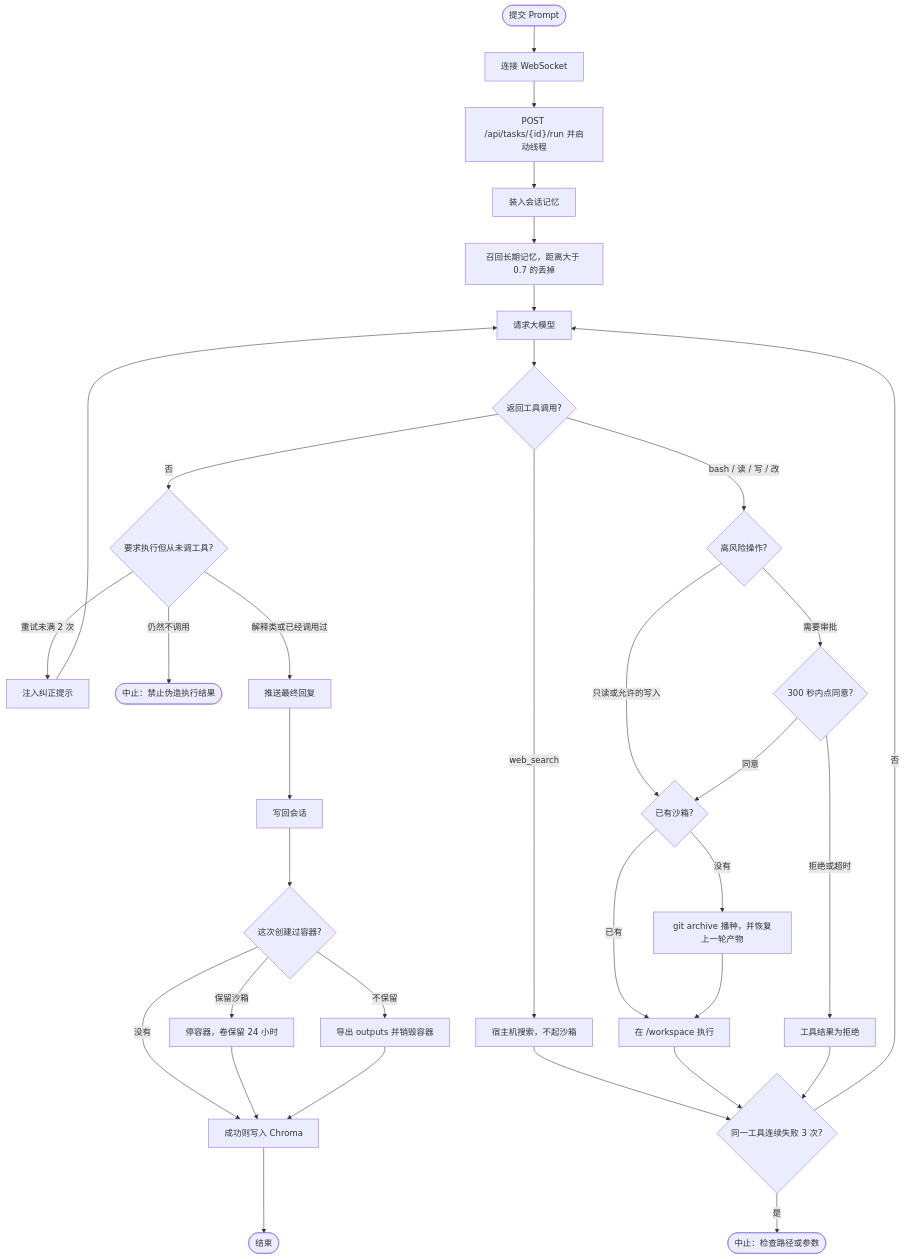
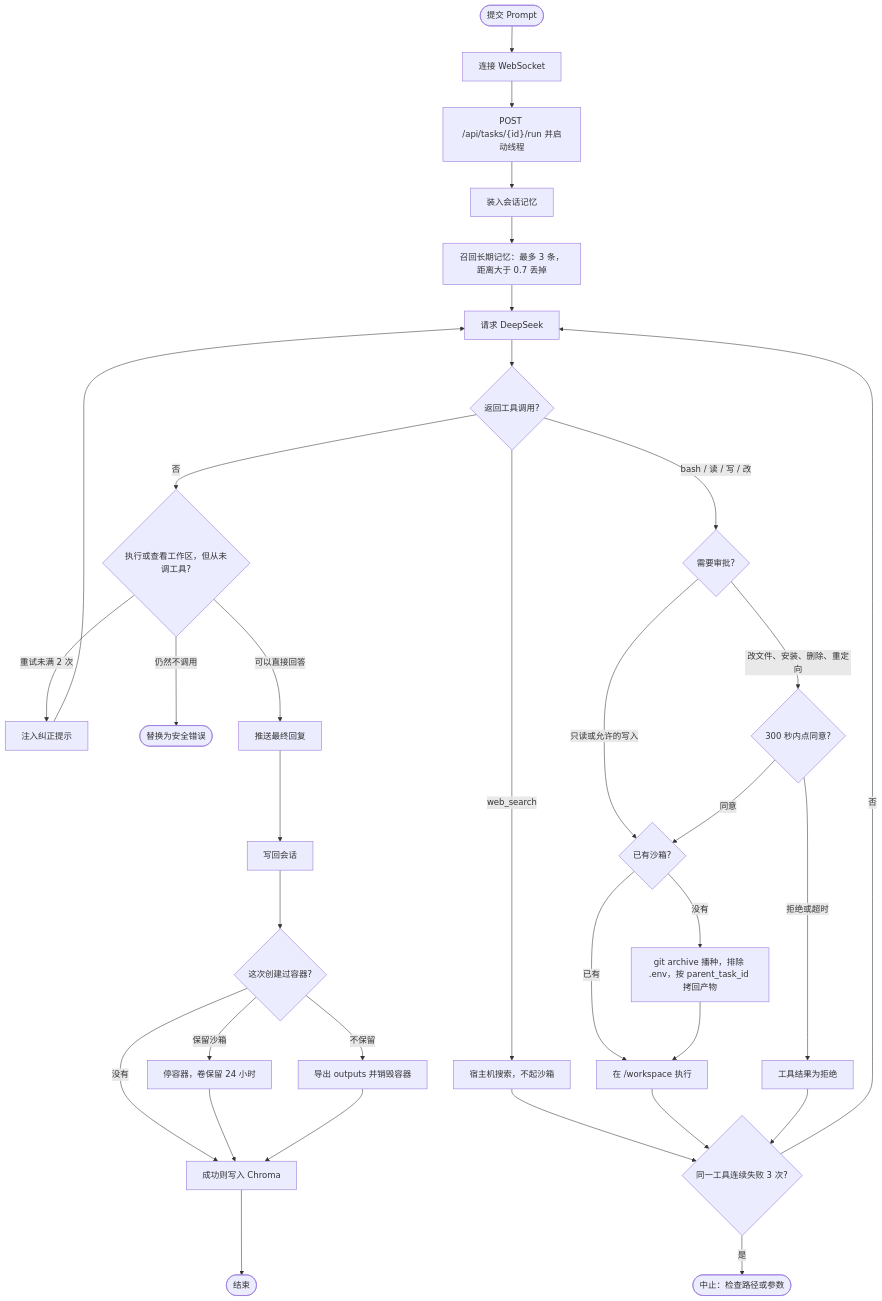
Before and after one commit to llll-1111uj/SafeAgent-Studio: the diagram in activity_map.mmd, drawn with Mermaid. The commit also changed 30 other files, not shown here.

```diff
--- a/activity_map.mmd
+++ b/activity_map.mmd
@@ -1,33 +1,33 @@
 flowchart TD
   start([提交 Prompt]) --> ws[连接 WebSocket]
   ws --> run["POST /api/tasks/{id}/run 并启动线程"]
   run --> session[装入会话记忆]
-  session --> recall["召回长期记忆，距离大于 0.7 的丢掉"]
-  recall --> model[请求大模型]
+  session --> recall["召回长期记忆：最多 3 条，距离大于 0.7 丢掉"]
+  recall --> model[请求 DeepSeek]
   model --> tool{返回工具调用?}
-  tool -->|否| fake{要求执行但从未调工具?}
+  tool -->|否| fake{执行或查看工作区，但从未调工具?}
   fake -->|重试未满 2 次| nudge[注入纠正提示] --> model
-  fake -->|仍然不调用| abort([中止：禁止伪造执行结果])
-  fake -->|解释类或已经调用过| answer[推送最终回复]
+  fake -->|仍然不调用| abort([替换为安全错误])
+  fake -->|可以直接回答| answer[推送最终回复]
   tool -->|web_search| host[宿主机搜索，不起沙箱]
-  tool -->|bash / 读 / 写 / 改| risk{高风险操作?}
+  tool -->|bash / 读 / 写 / 改| risk{需要审批?}
   risk -->|只读或允许的写入| lane{已有沙箱?}
-  risk -->|需要审批| hitl{300 秒内点同意?}
+  risk -->|改文件、安装、删除、重定向| hitl{300 秒内点同意?}
   hitl -->|拒绝或超时| denied[工具结果为拒绝]
   hitl -->|同意| lane
-  lane -->|没有| create["git archive 播种，并恢复上一轮产物"]
+  lane -->|没有| create["git archive 播种，排除 .env，按 parent_task_id 拷回产物"]
   lane -->|已有| exec[在 /workspace 执行]
   create --> exec
   host --> fuse{同一工具连续失败 3 次?}
   exec --> fuse
   denied --> fuse
   fuse -->|是| stop([中止：检查路径或参数])
   fuse -->|否| model
   answer --> save[写回会话]
   save --> box{这次创建过容器?}
   box -->|没有| mem[成功则写入 Chroma]
   box -->|保留沙箱| held[停容器，卷保留 24 小时]
   box -->|不保留| gone[导出 outputs 并销毁容器]
   held --> mem
   gone --> mem
   mem --> endNode([结束])
```
